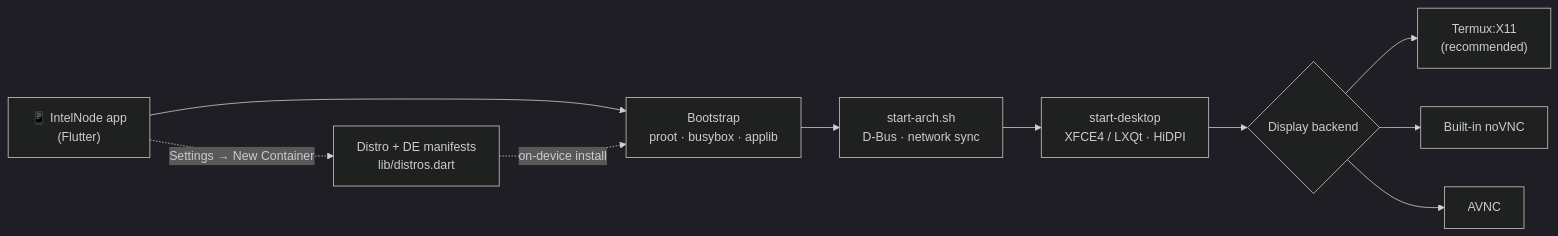
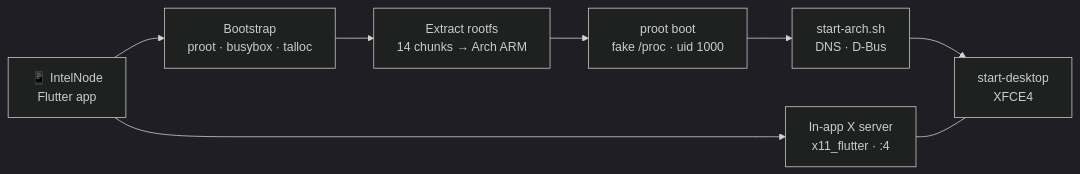
Before and after one commit to DaRipper91/IntelNode: the diagram in README.md, drawn with Mermaid (dark theme). The commit also changed other lines of this file and 7 other files, not shown here.

````diff
--- a/README.md
+++ b/README.md
@@ -96,12 +66,10 @@
 ```mermaid
 flowchart LR
-    A["📱 IntelNode app<br/>(Flutter)"] --> B["Bootstrap<br/>proot · busybox · applib"]
-    B --> C["start-arch.sh<br/>D-Bus · network sync"]
-    C --> D["start-desktop<br/>XFCE4 / LXQt · HiDPI"]
-    D --> E{"Display backend"}
-    E --> F["Termux:X11<br/>(recommended)"]
-    E --> G["Built-in noVNC"]
-    E --> H["AVNC"]
-    A -. "Settings → New Container" .-> I["Distro + DE manifests<br/>lib/distros.dart"]
-    I -. "on-device install" .-> B
+    A["📱 IntelNode<br/>Flutter app"] --> B["Bootstrap<br/>proot · busybox · talloc"]
+    B --> C["Extract rootfs<br/>14 chunks → Arch ARM"]
+    C --> D["proot boot<br/>fake /proc · uid 1000"]
+    D --> E["start-arch.sh<br/>DNS · D-Bus"]
+    E --> F["start-desktop<br/>XFCE4"]
+    A --> G["In-app X server<br/>x11_flutter · :4"]
+    G --- F
 ```
````
